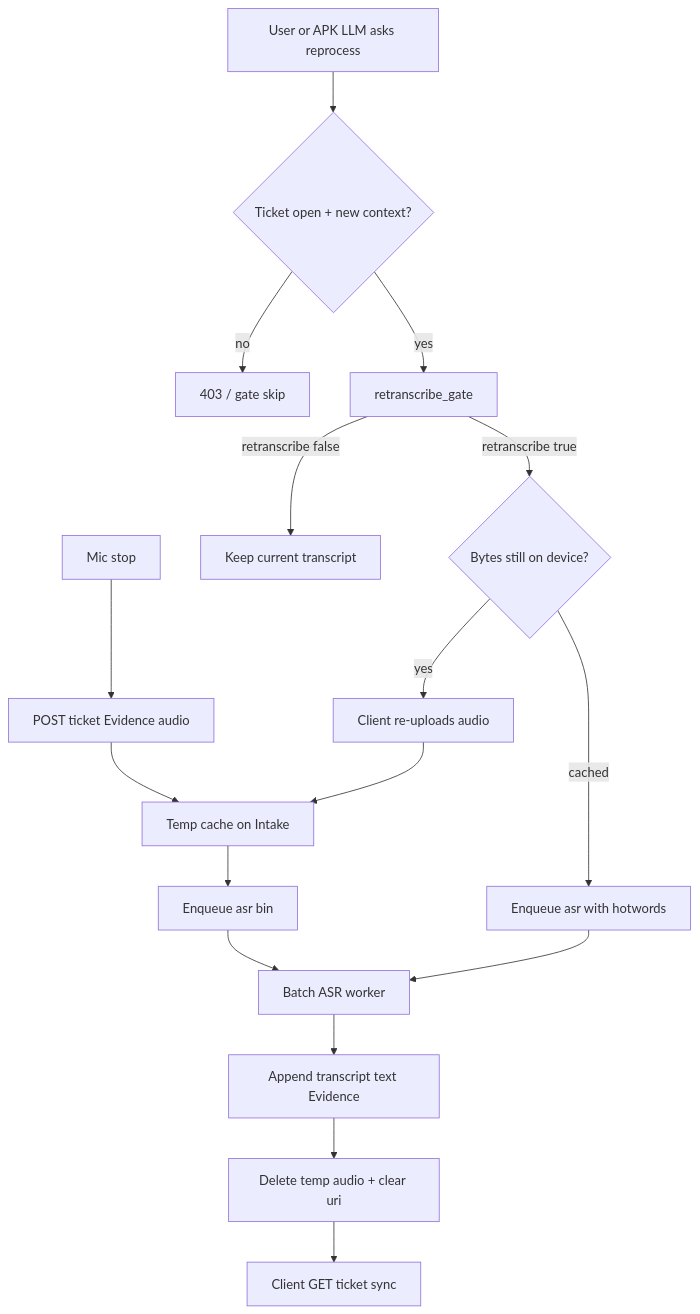
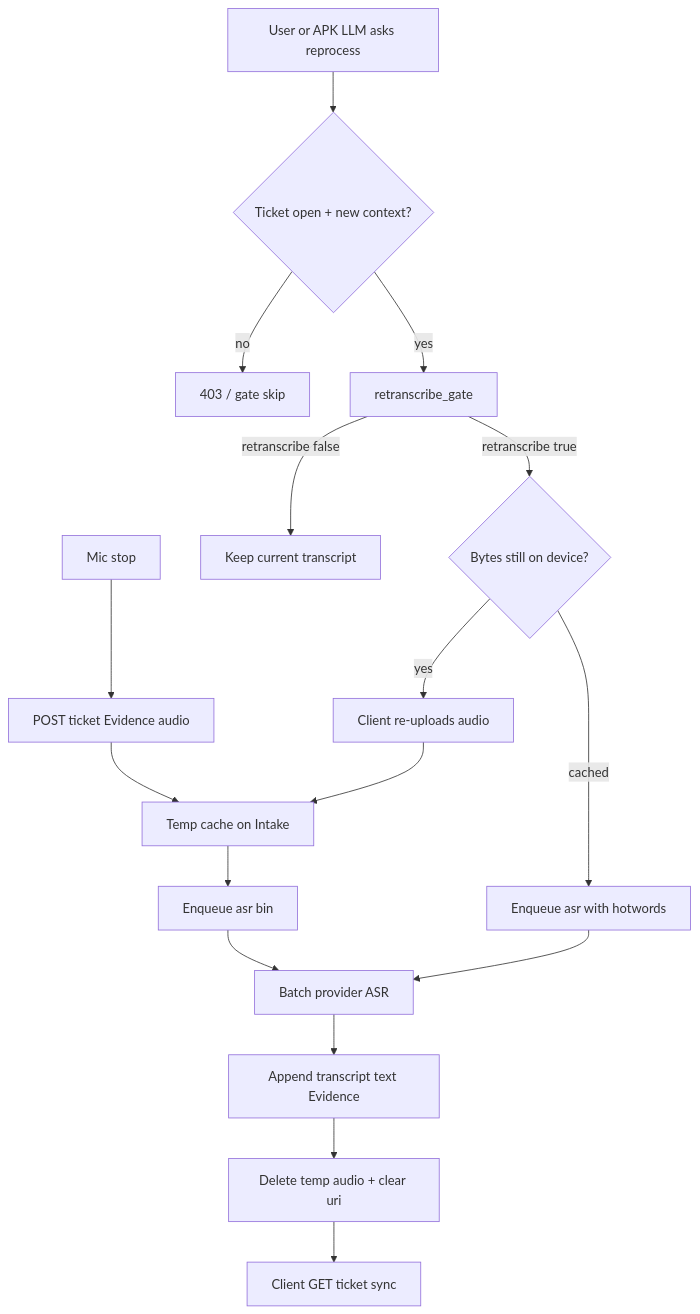
The diagram in docs/progressive-transcription.md (paradigm-threat/myproblem), drawn with Mermaid before and after one commit. The commit also changed other lines of this file and 15 other files, not shown here.

````diff
--- a/docs/progressive-transcription.md
+++ b/docs/progressive-transcription.md
@@ -40,20 +50,20 @@
 ```mermaid
 flowchart TD
   mic[Mic stop] --> postAudio[POST ticket Evidence audio]
   postAudio --> cache[Temp cache on Intake]
   cache --> enqueue[Enqueue asr bin]
-  enqueue --> batch[Batch ASR worker]
+  enqueue --> batch[Batch provider ASR]
   batch --> writeTx[Append transcript text Evidence]
   writeTx --> purge[Delete temp audio + clear uri]
   purge --> clientSync[Client GET ticket sync]
 
   ask[User or APK LLM asks reprocess] --> openCheck{Ticket open + new context?}
   openCheck -->|no| refuse[403 / gate skip]
   openCheck -->|yes| llmGate[retranscribe_gate]
   llmGate -->|retranscribe false| keep[Keep current transcript]
   llmGate -->|retranscribe true| needBytes{Bytes still on device?}
   needBytes -->|yes| reupload[Client re-uploads audio]
   needBytes -->|cached| enqueueRe[Enqueue asr with hotwords]
   reupload --> cache
   enqueueRe --> batch
 ```
````
